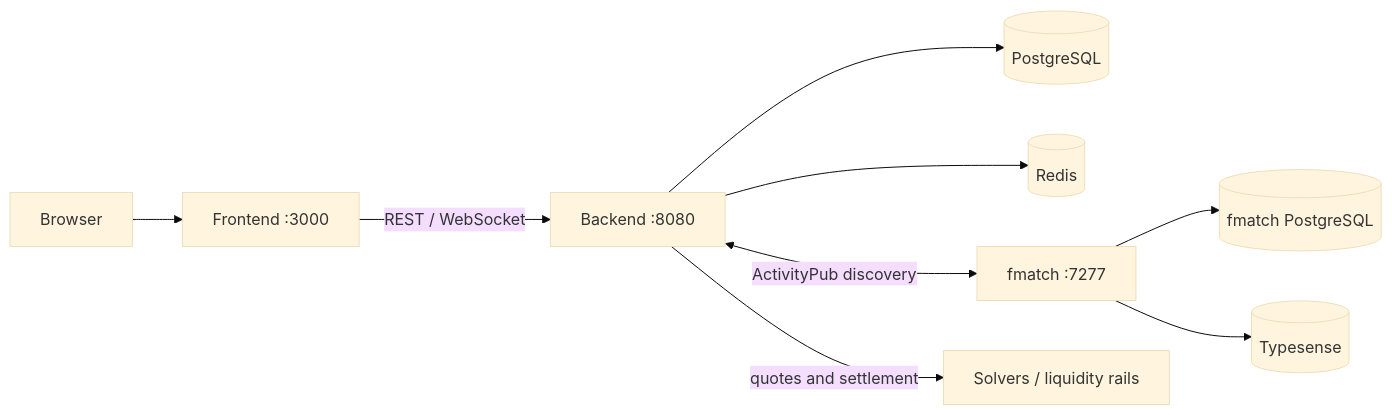
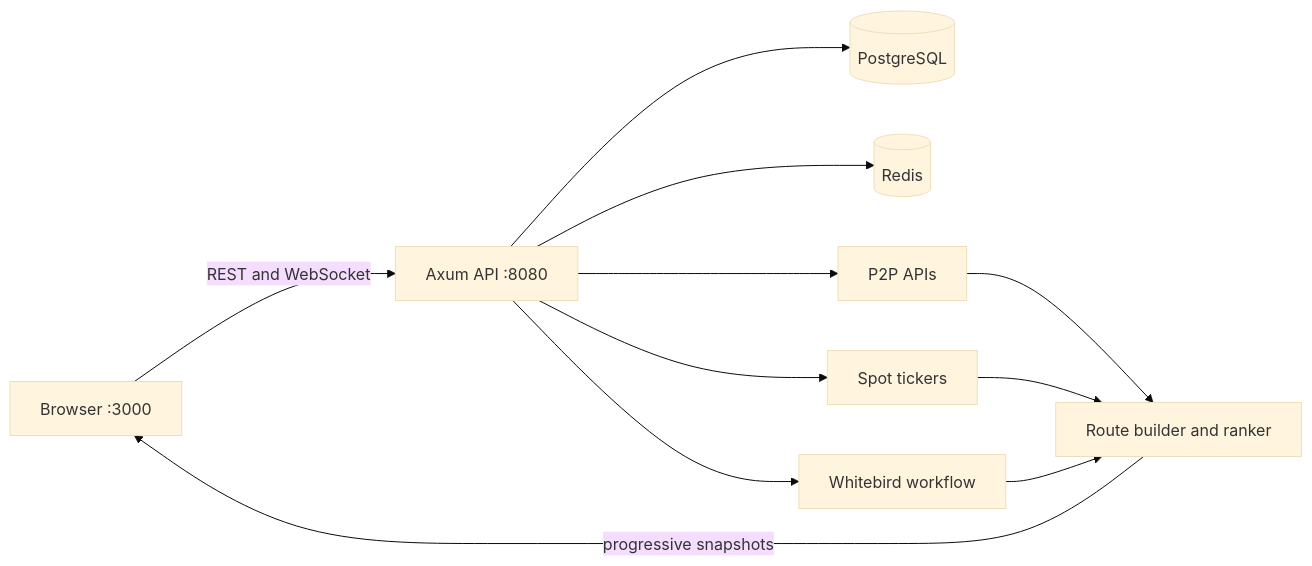
The diagram in README.md (Flow3Pay/pay3flow), drawn with Mermaid (base theme) before and after one commit. The commit also changed other lines of this file, not shown here.

````diff
--- a/README.md
+++ b/README.md
@@ -43,11 +41,13 @@
 ```mermaid
-graph LR
-    client[Browser] --> frontend[Frontend :3000]
-    frontend -->|REST / WebSocket| backend[Backend :8080]
-    backend --> postgres[(PostgreSQL)]
-    backend --> redis[(Redis)]
-    backend <-->|ActivityPub discovery| fmatch[fmatch :7277]
-    fmatch --> fmatchdb[(fmatch PostgreSQL)]
-    fmatch --> typesense[(Typesense)]
-    backend -->|quotes and settlement| solvers[Solvers / liquidity rails]
+flowchart LR
+    browser[Browser :3000] -->|REST and WebSocket| api[Axum API :8080]
+    api --> postgres[(PostgreSQL)]
+    api --> redis[(Redis)]
+    api --> p2p[P2P APIs]
+    api --> spot[Spot tickers]
+    api --> whitebird[Whitebird workflow]
+    p2p --> ranker[Route builder and ranker]
+    spot --> ranker
+    whitebird --> ranker
+    ranker -->|progressive snapshots| browser
 ```
````
